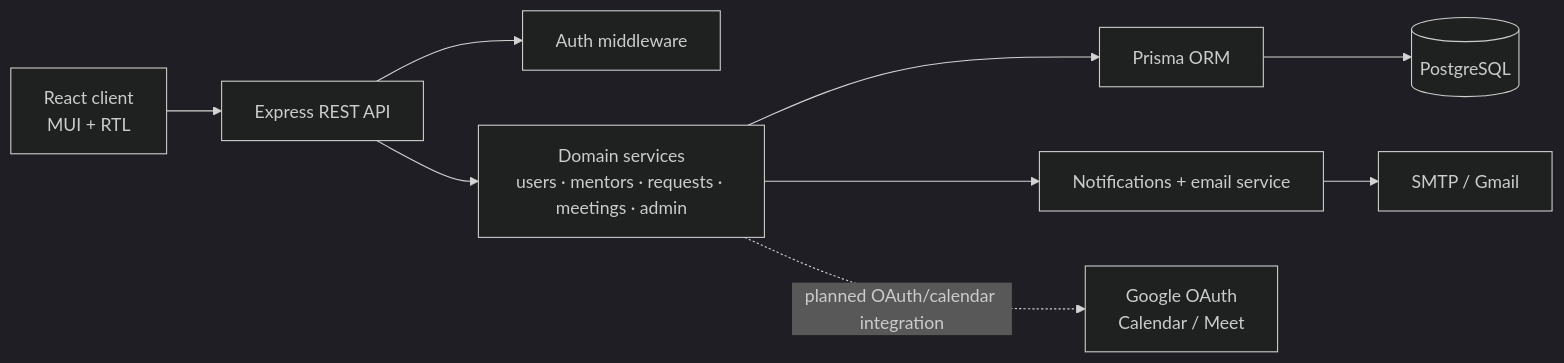
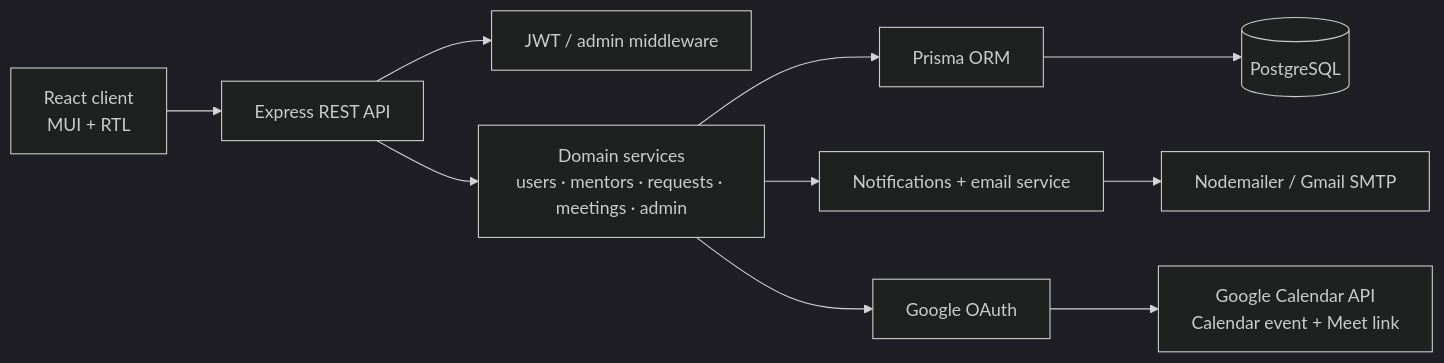
The third of 3 diagrams in README.md (SimchaBarShalom/QueenB-template-2025), drawn with Mermaid (dark theme) before and after one commit. The commit also changed other lines of this file, not shown here.

````diff
--- a/README.md
+++ b/README.md
@@ -51,11 +79,12 @@
 ```mermaid
 flowchart LR
   UI[React client<br/>MUI + RTL] --> API[Express REST API]
-  API --> AUTH[Auth middleware]
+  API --> AUTH[JWT / admin middleware]
   API --> S[Domain services<br/>users · mentors · requests · meetings · admin]
   S --> P[Prisma ORM]
   P --> DB[(PostgreSQL)]
   S --> N[Notifications + email service]
-  N --> SMTP[SMTP / Gmail]
-  S -. planned OAuth/calendar integration .-> G[Google OAuth<br/>Calendar / Meet]
+  N --> SMTP[Nodemailer / Gmail SMTP]
+  S --> O[Google OAuth]
+  O --> G[Google Calendar API<br/>Calendar event + Meet link]
 ```
````
